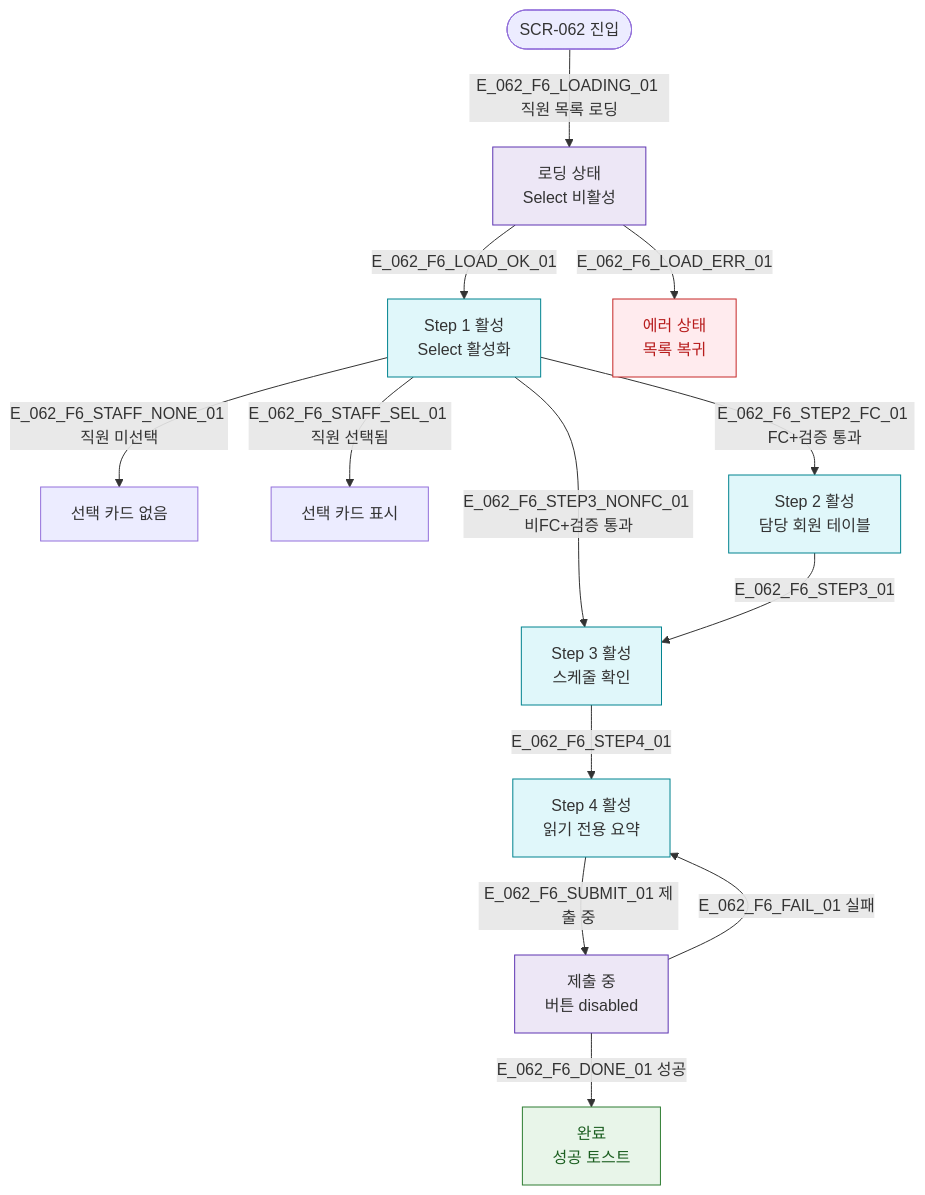
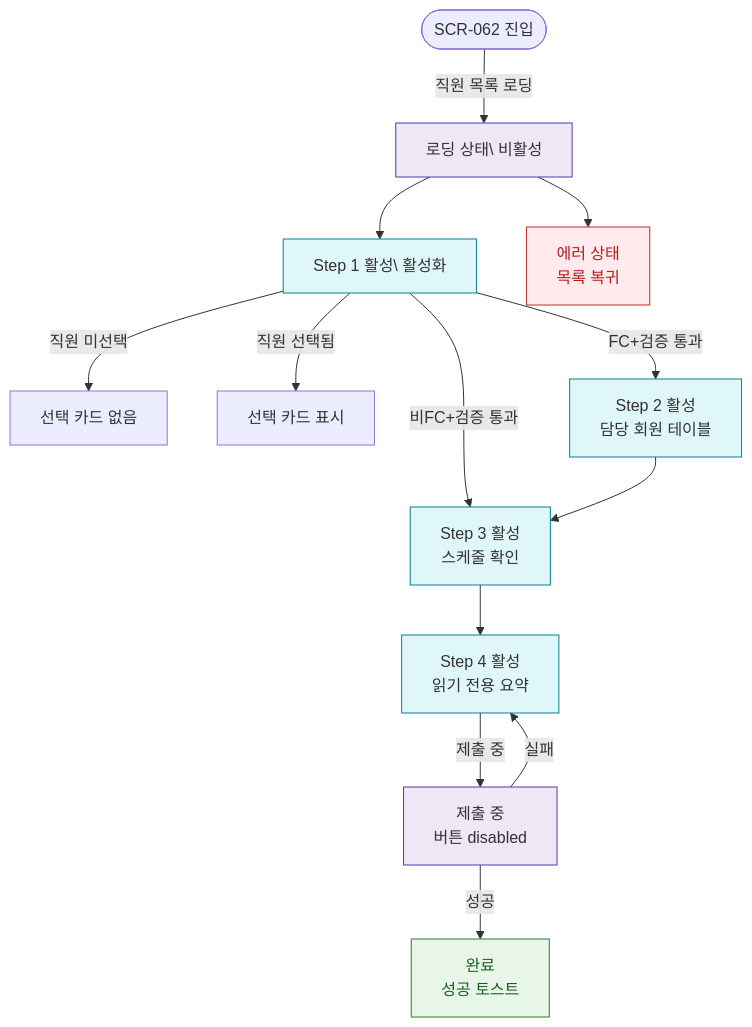
The diagram in docs/다이어그램/D07_직원관리/SCR-062_직원퇴사처리/F6_상태별화면.md (dev-spogym/admin-pando), drawn with Mermaid before and after one commit. The commit also changed other lines of this file and 1660 other files, not shown here.

First line of the commit message:
다이어그램: 기획자/클라이언트 납품본으로 정리

````diff
--- a/docs/다이어그램/D07_직원관리/SCR-062_직원퇴사처리/F6_상태별화면.md
+++ b/docs/다이어그램/D07_직원관리/SCR-062_직원퇴사처리/F6_상태별화면.md
@@ -18,32 +16,32 @@
 ```mermaid
 flowchart TD
   ENTER([SCR-062 진입])
 
-  ENTER -->|E_062_F6_LOADING_01 직원 목록 로딩| STATE_LOADING[로딩 상태\nSelect 비활성]
-  STATE_LOADING -->|E_062_F6_LOAD_OK_01| STATE_STEP1[Step 1 활성\nSelect 활성화]
-  STATE_LOADING -->|E_062_F6_LOAD_ERR_01| STATE_ERR[에러 상태\n목록 복귀]
+  ENTER -->|직원 목록 로딩|STATE_LOADING[로딩 상태\ 비활성]
+  STATE_LOADING --> STATE_STEP1[Step 1 활성\ 활성화]
+  STATE_LOADING --> STATE_ERR[에러 상태\n목록 복귀]
 
-  STATE_STEP1 -->|E_062_F6_STAFF_NONE_01 직원 미선택| STATE_NO_CARD[선택 카드 없음]
-  STATE_STEP1 -->|E_062_F6_STAFF_SEL_01 직원 선택됨| STATE_CARD[선택 카드 표시]
+  STATE_STEP1 -->|직원 미선택|STATE_NO_CARD[선택 카드 없음]
+  STATE_STEP1 -->|직원 선택됨|STATE_CARD[선택 카드 표시]
 
-  STATE_STEP1 -->|E_062_F6_STEP2_FC_01 FC+검증 통과| STATE_STEP2[Step 2 활성\n담당 회원 테이블]
-  STATE_STEP1 -->|E_062_F6_STEP3_NONFC_01 비FC+검증 통과| STATE_STEP3[Step 3 활성\n스케줄 확인]
+  STATE_STEP1 -->|FC+검증 통과|STATE_STEP2[Step 2 활성\n담당 회원 테이블]
+  STATE_STEP1 -->|비FC+검증 통과|STATE_STEP3[Step 3 활성\n스케줄 확인]
 
-  STATE_STEP2 -->|E_062_F6_STEP3_01| STATE_STEP3
-  STATE_STEP3 -->|E_062_F6_STEP4_01| STATE_STEP4[Step 4 활성\n읽기 전용 요약]
+  STATE_STEP2 --> STATE_STEP3
+  STATE_STEP3 --> STATE_STEP4[Step 4 활성\n읽기 전용 요약]
 
-  STATE_STEP4 -->|E_062_F6_SUBMIT_01 제출 중| STATE_SUBMITTING[제출 중\n버튼 disabled]
-  STATE_SUBMITTING -->|E_062_F6_DONE_01 성공| STATE_DONE[완료\n성공 토스트]
-  STATE_SUBMITTING -->|E_062_F6_FAIL_01 실패| STATE_STEP4
+  STATE_STEP4 -->|제출 중|STATE_SUBMITTING[제출 중\n버튼 disabled]
+  STATE_SUBMITTING -->|성공|STATE_DONE[완료\n성공 토스트]
+  STATE_SUBMITTING -->|실패|STATE_STEP4
 
-  classDef screen  fill:#E3F2FD,stroke:#1976D2,color:#0D47A1
-  classDef system  fill:#EDE7F6,stroke:#5E35B2
-  classDef error   fill:#FFEBEE,stroke:#C62828,color:#B71C1C
+  classDef screen fill:#E3F2FD,stroke:#1976D2,color:#0D47A1
+  classDef system fill:#EDE7F6,stroke:#5E35B2
+  classDef error fill:#FFEBEE,stroke:#C62828,color:#B71C1C
   classDef success fill:#E8F5E9,stroke:#2E7D32,color:#1B5E20
-  classDef info    fill:#E0F7FA,stroke:#00838F
+  classDef info fill:#E0F7FA,stroke:#00838F
 
   class STATE_DONE success
   class STATE_LOADING,STATE_SUBMITTING system
   class STATE_ERR error
   class STATE_STEP1,STATE_STEP2,STATE_STEP3,STATE_STEP4 info
 ```
````
